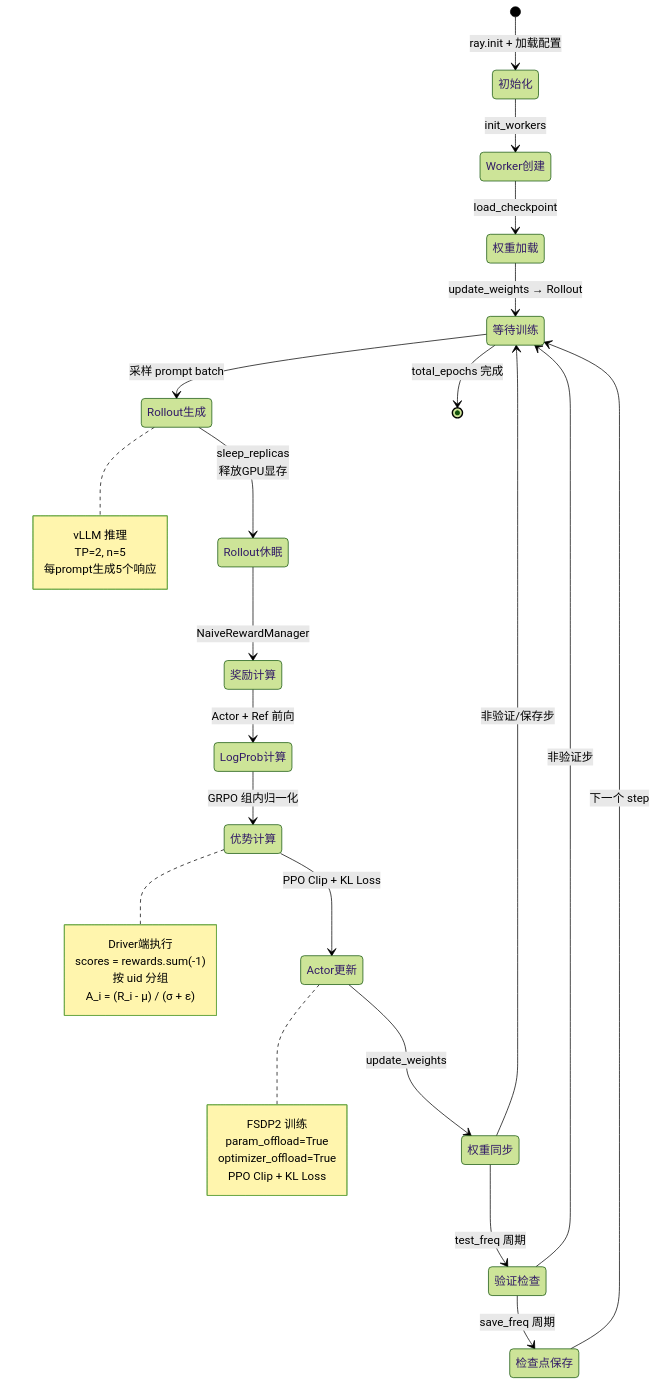
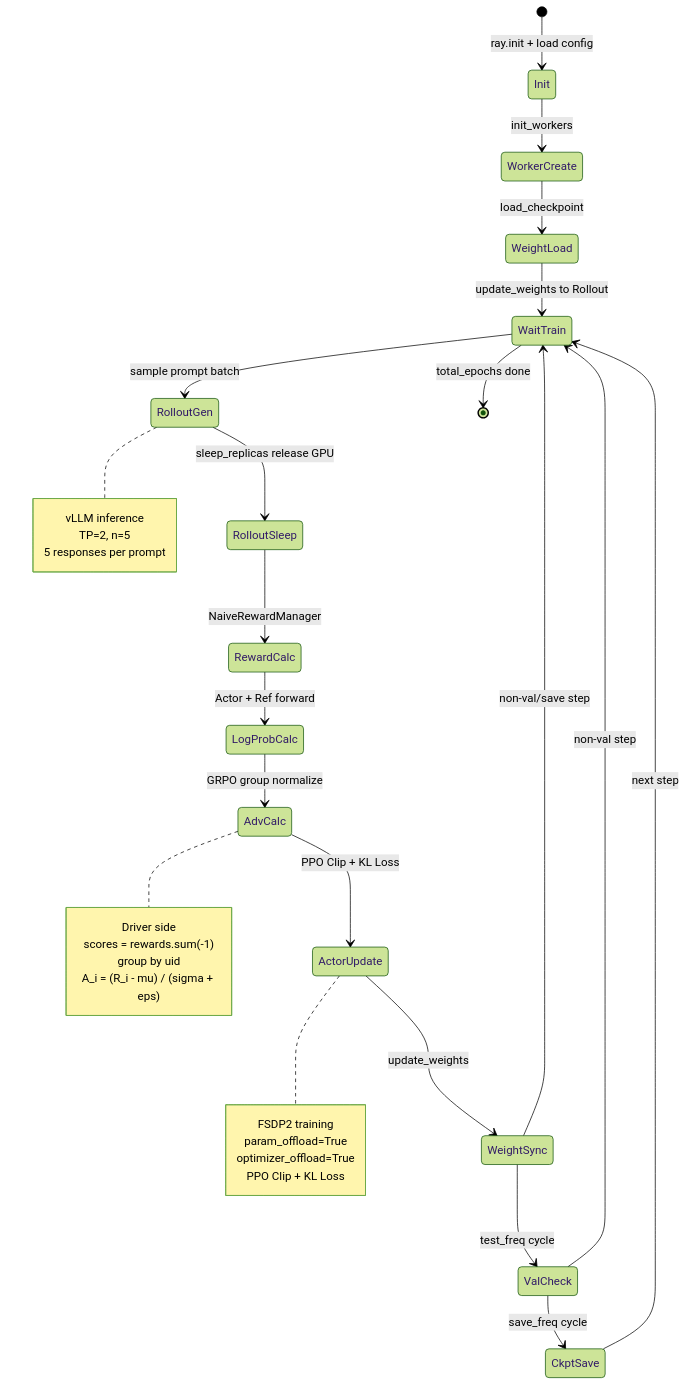
Before and after one commit to liangrui/verl: the seventh of 9 diagrams in ReadCode/17_GRPO训练例子详解.md, drawn with Mermaid (forest theme). The commit also changed other lines of this file, not shown here.

````diff
--- a/ReadCode/17_GRPO训练例子详解.md
+++ b/ReadCode/17_GRPO训练例子详解.md
@@ -593,47 +593,47 @@
 ```mermaid
 stateDiagram-v2
-    [*] --> 初始化: ray.init + 加载配置
+    [*] --> Init: ray.init + load config
 
-    初始化 --> Worker创建: init_workers
-    Worker创建 --> 权重加载: load_checkpoint
-    权重加载 --> 等待训练: update_weights → Rollout
+    Init --> WorkerCreate: init_workers
+    WorkerCreate --> WeightLoad: load_checkpoint
+    WeightLoad --> WaitTrain: update_weights to Rollout
 
-    等待训练 --> Rollout生成: 采样 prompt batch
-    Rollout生成 --> Rollout休眠: sleep_replicas<br/>释放GPU显存
+    WaitTrain --> RolloutGen: sample prompt batch
+    RolloutGen --> RolloutSleep: sleep_replicas release GPU
 
-    Rollout休眠 --> 奖励计算: NaiveRewardManager
-    奖励计算 --> LogProb计算: Actor + Ref 前向
+    RolloutSleep --> RewardCalc: NaiveRewardManager
+    RewardCalc --> LogProbCalc: Actor + Ref forward
 
-    LogProb计算 --> 优势计算: GRPO 组内归一化
-    优势计算 --> Actor更新: PPO Clip + KL Loss
-    Actor更新 --> 权重同步: update_weights
+    LogProbCalc --> AdvCalc: GRPO group normalize
+    AdvCalc --> ActorUpdate: PPO Clip + KL Loss
+    ActorUpdate --> WeightSync: update_weights
 
-    权重同步 --> 验证检查: test_freq 周期
-    验证检查 --> 检查点保存: save_freq 周期
-    检查点保存 --> 等待训练: 下一个 step
+    WeightSync --> ValCheck: test_freq cycle
+    ValCheck --> CkptSave: save_freq cycle
+    CkptSave --> WaitTrain: next step
 
-    验证检查 --> 等待训练: 非验证步
-    权重同步 --> 等待训练: 非验证/保存步
+    ValCheck --> WaitTrain: non-val step
+    WeightSync --> WaitTrain: non-val/save step
 
-    等待训练 --> [*]: total_epochs 完成
+    WaitTrain --> [*]: total_epochs done
 
-    note right of Rollout生成
-        vLLM 推理
+    note right of RolloutGen
+        vLLM inference
         TP=2, n=5
-        每prompt生成5个响应
+        5 responses per prompt
     end note
 
-    note right of 优势计算
-        Driver端执行
+    note right of AdvCalc
+        Driver side
         scores = rewards.sum(-1)
-        按 uid 分组
-        A_i = (R_i - μ) / (σ + ε)
+        group by uid
+        A_i = (R_i - mu) / (sigma + eps)
     end note
 
-    note right of Actor更新
-        FSDP2 训练
+    note right of ActorUpdate
+        FSDP2 training
         param_offload=True
         optimizer_offload=True
         PPO Clip + KL Loss
     end note
 ```
````
